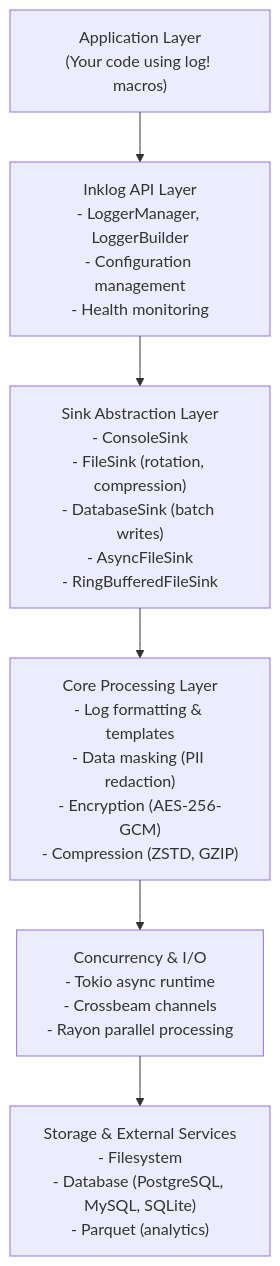
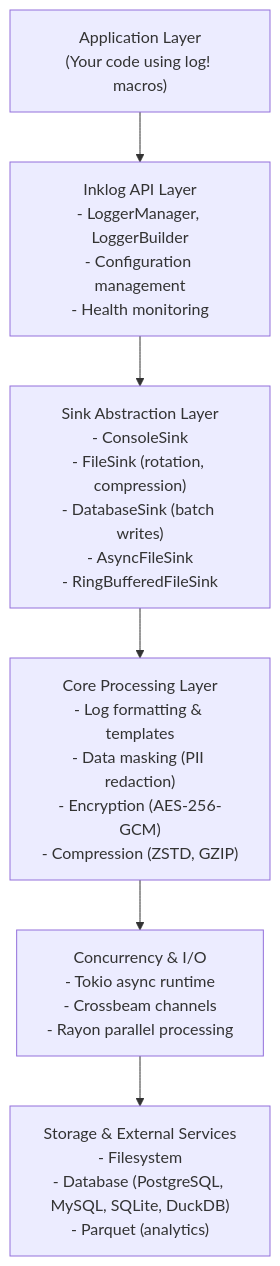
Before and after one commit to Kirky-X/inklog: the diagram in README_EN.md, drawn with Mermaid. The commit also changed other lines of this file and 34 other files, not shown here.

````diff
--- a/README_EN.md
+++ b/README_EN.md
@@ -625,11 +625,11 @@
 ```mermaid
 flowchart TD
     App["Application Layer<br/>(Your code using log! macros)"]
     API["Inklog API Layer<br/>- LoggerManager, LoggerBuilder<br/>- Configuration management<br/>- Health monitoring"]
     Sink["Sink Abstraction Layer<br/>- ConsoleSink<br/>- FileSink (rotation, compression)<br/>- DatabaseSink (batch writes)<br/>- AsyncFileSink<br/>- RingBufferedFileSink"]
     Core["Core Processing Layer<br/>- Log formatting & templates<br/>- Data masking (PII redaction)<br/>- Encryption (AES-256-GCM)<br/>- Compression (ZSTD, GZIP)"]
     IO["Concurrency & I/O<br/>- Tokio async runtime<br/>- Crossbeam channels<br/>- Rayon parallel processing"]
-    Store["Storage & External Services<br/>- Filesystem<br/>- Database (PostgreSQL, MySQL, SQLite)<br/>- Parquet (analytics)"]
+    Store["Storage & External Services<br/>- Filesystem<br/>- Database (PostgreSQL, MySQL, SQLite, DuckDB)<br/>- Parquet (analytics)"]
 
     App --> API --> Sink --> Core --> IO --> Store
 ```
````
